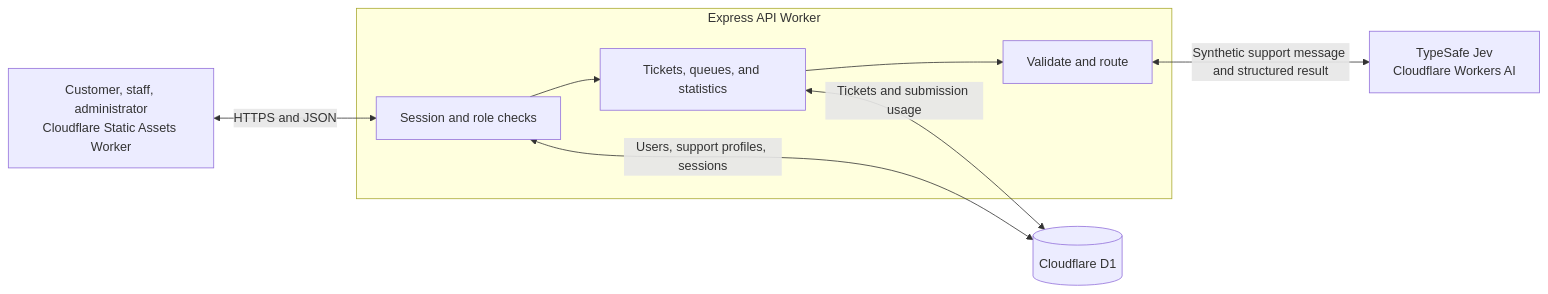
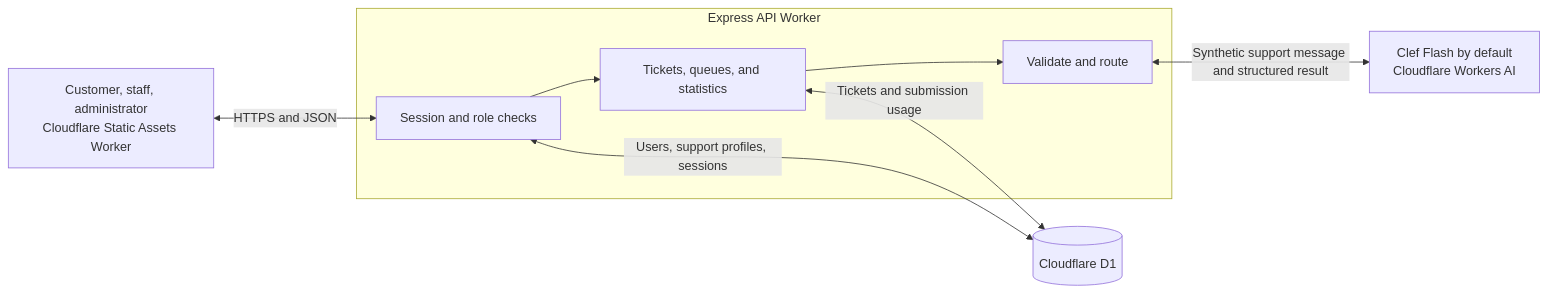
Before and after one commit to kevarome/isa2026-term-project: the diagram in README.md, drawn with Mermaid. The commit also changed other lines of this file and 14 other files, not shown here.

Commit message:
Default ticket classification to Cloudflare Clef Flash

````diff
--- a/README.md
+++ b/README.md
@@ -41,16 +41,16 @@
 ```mermaid
 flowchart LR
   Client["Customer, staff, administrator<br/>Cloudflare Static Assets Worker"]
   subgraph API["Express API Worker"]
     Auth["Session and role checks"]
     Tickets["Tickets, queues, and statistics"]
     Routing["Validate and route"]
     Auth --> Tickets --> Routing
   end
   DB[("Cloudflare D1")]
-  Jev["TypeSafe Jev<br/>Cloudflare Workers AI"]
+  Model["Clef Flash by default<br/>Cloudflare Workers AI"]
   Client <-->|HTTPS and JSON| Auth
   Auth <-->|Users, support profiles, sessions| DB
   Tickets <-->|Tickets and submission usage| DB
-  Routing <-->|Synthetic support message and structured result| Jev
+  Routing <-->|Synthetic support message and structured result| Model
 ```
````
